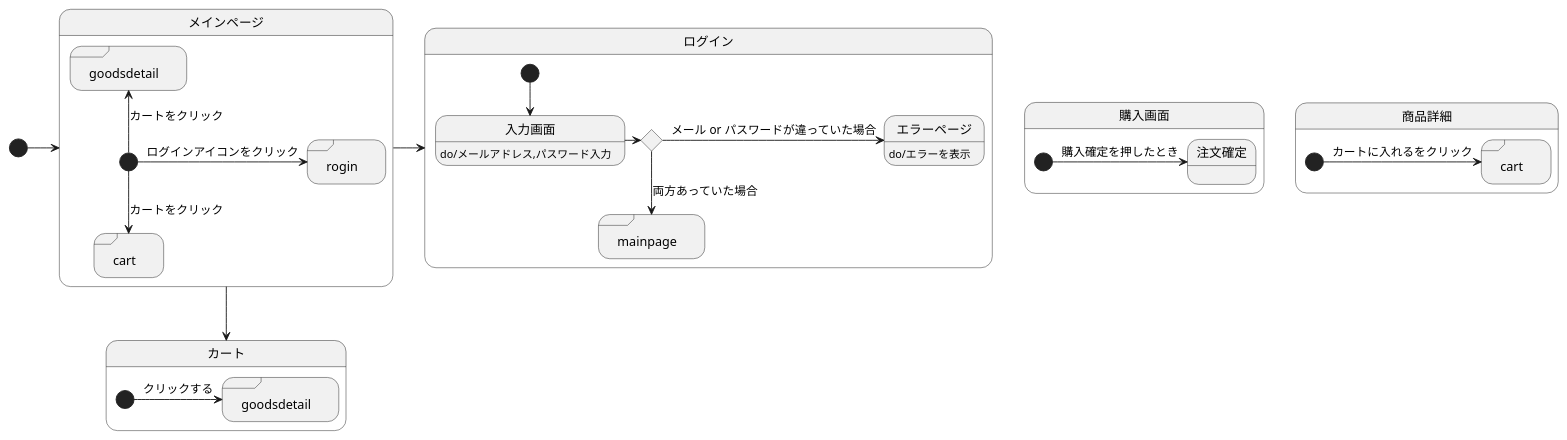
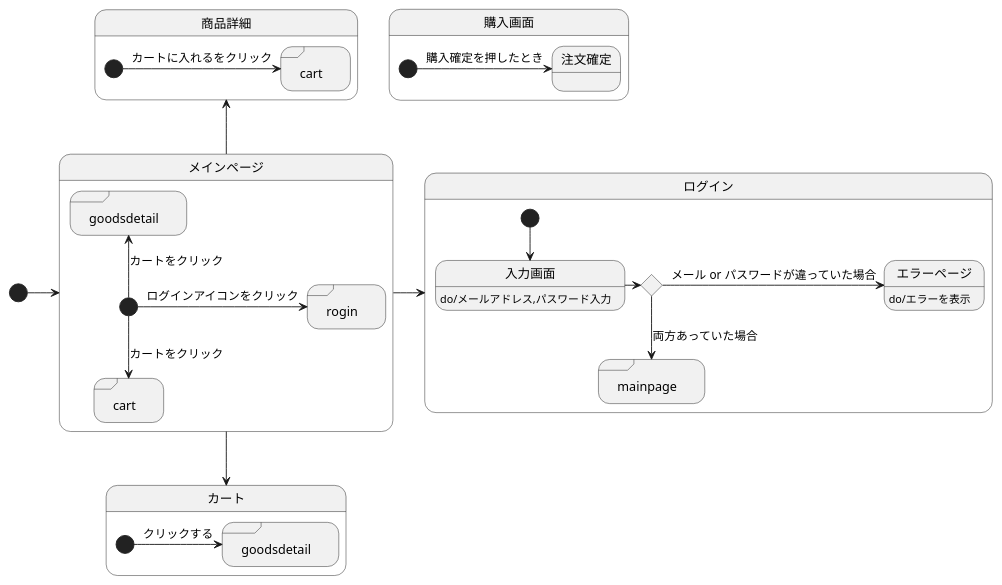
Before and after one commit to akutori/T-D-E: the diagram in UML.md, drawn with PlantUML.

Commit message:
調整

````diff
--- a/UML.md
+++ b/UML.md
@@ -1,48 +1,48 @@
 ```uml
 @startuml
 [*]->メインページ
 メインページ->ログイン
 メインページ-->カート
-
+メインページ-up->商品詳細
 
 state メインページ{
 state "rogin" <<sdlreceive>>
 state "cart" <<sdlreceive>>
 state "goodsdetail" <<sdlreceive>>
     [*]-> rogin :ログインアイコンをクリック
     [*]--> cart :カートをクリック
     [*]-up-> goodsdetail :カートをクリック
 }
 
 state ログイン{
 state input <<choice>>
 state "mainpage"<<sdlreceive>>
 
 入力画面:do/メールアドレス,パスワード入力
 エラーページ:do/エラーを表示
     [*]--> 入力画面
     入力画面->input
     input->エラーページ:メール or パスワードが違っていた場合
     input-->mainpage : 両方あっていた場合
 
 }
 
 state 購入画面{
     [*]->注文確定 :購入確定を押したとき
 }
 
 
 state カート{
 state "goodsdetail" as goodsincart <<sdlreceive>>
 
     [*]->goodsincart :クリックする
 }
 
 state 商品詳細{
 state "cart" as detailincart <<sdlreceive>>
 
     [*]->detailincart :カートに入れるをクリック
 }
 
 @enduml
 ```
````
